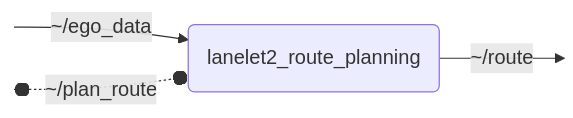
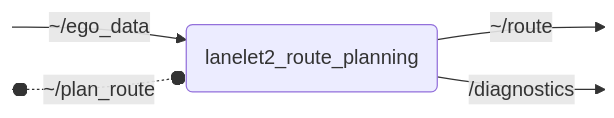
The diagram in lanelet2_route_planning/README.md (openads-project/lanelet2_route_planning), drawn with Mermaid before and after one commit. The commit also changed other lines of this file and 7 other files, not shown here.

````diff
--- a/lanelet2_route_planning/README.md
+++ b/lanelet2_route_planning/README.md
@@ -11,8 +11,9 @@
 ```mermaid
 flowchart LR
     NODE("lanelet2_route_planning")
     S0:::hidden -->|~/ego_data| NODE
     NODE -->|~/route| P0:::hidden
+    NODE -->|/diagnostics| P1:::hidden
     AS0:::hidden o-.-o|~/plan_route| NODE
     classDef hidden display: none;
 ```
````
